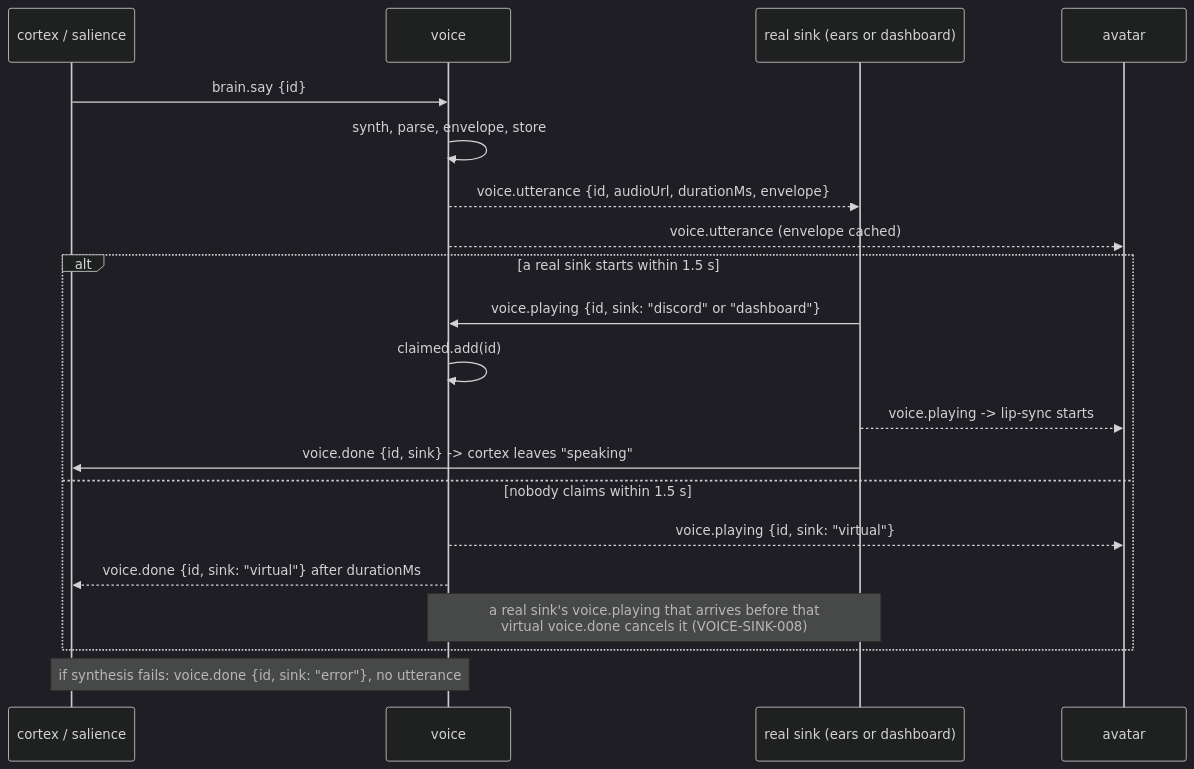
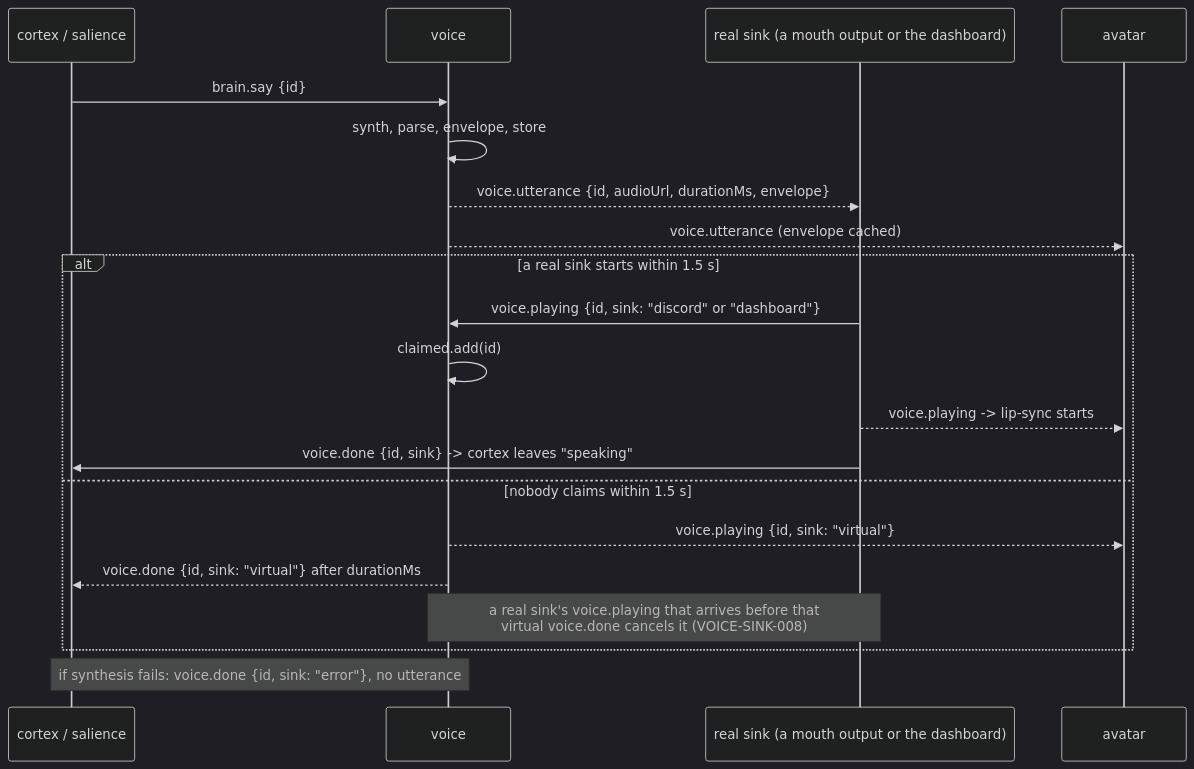
Before and after one commit to CoderCoco-Studios/cohost: the diagram in docs/intent/voice/voice-design.md, drawn with Mermaid (dark theme). The commit also changed other lines of this file and 22 other files, not shown here.

````diff
--- a/docs/intent/voice/voice-design.md
+++ b/docs/intent/voice/voice-design.md
@@ -99,22 +99,22 @@
 ```mermaid
 sequenceDiagram
   participant C as cortex / salience
   participant V as voice
-  participant S as real sink (ears or dashboard)
+  participant S as real sink (a mouth output or the dashboard)
   participant A as avatar
   C->>V: brain.say {id}
   V->>V: synth, parse, envelope, store
   V-->>S: voice.utterance {id, audioUrl, durationMs, envelope}
   V-->>A: voice.utterance (envelope cached)
   alt a real sink starts within 1.5 s
     S->>V: voice.playing {id, sink: "discord" or "dashboard"}
     V->>V: claimed.add(id)
     S-->>A: voice.playing -> lip-sync starts
     S->>C: voice.done {id, sink} -> cortex leaves "speaking"
   else nobody claims within 1.5 s
     V-->>A: voice.playing {id, sink: "virtual"}
     V-->>C: voice.done {id, sink: "virtual"} after durationMs
     Note over V,S: a real sink's voice.playing that arrives before that<br/>virtual voice.done cancels it (VOICE-SINK-008)
   end
   Note over V,C: if synthesis fails: voice.done {id, sink: "error"}, no utterance
 ```
````
